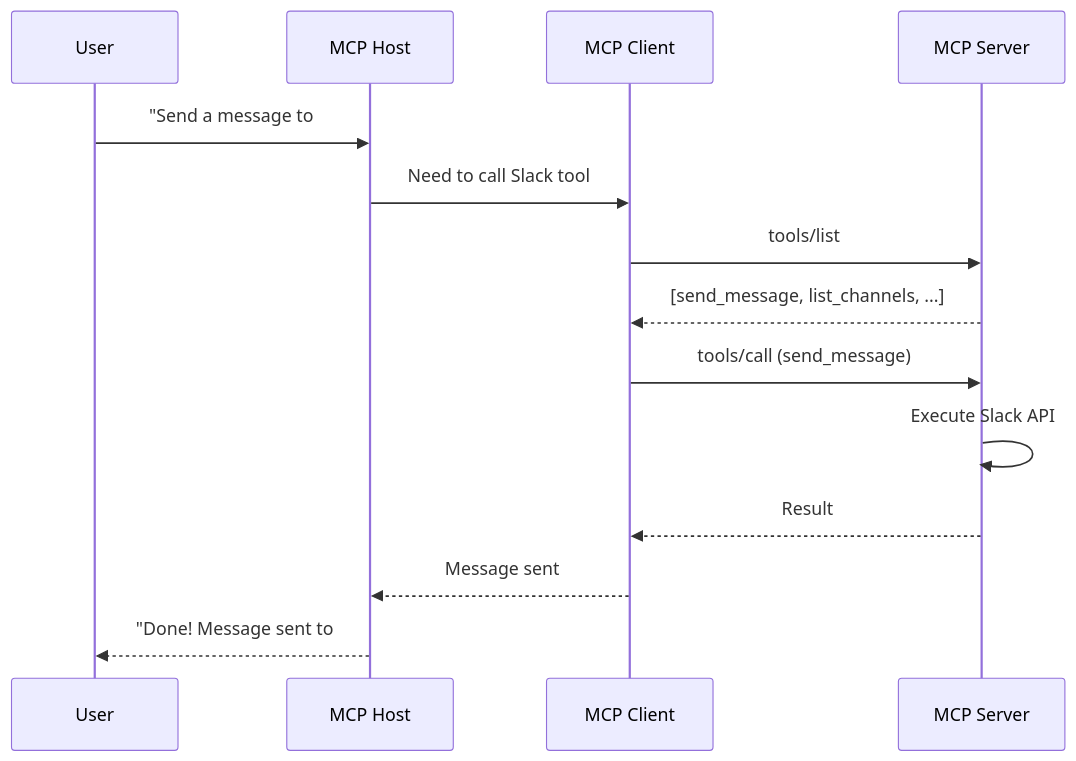
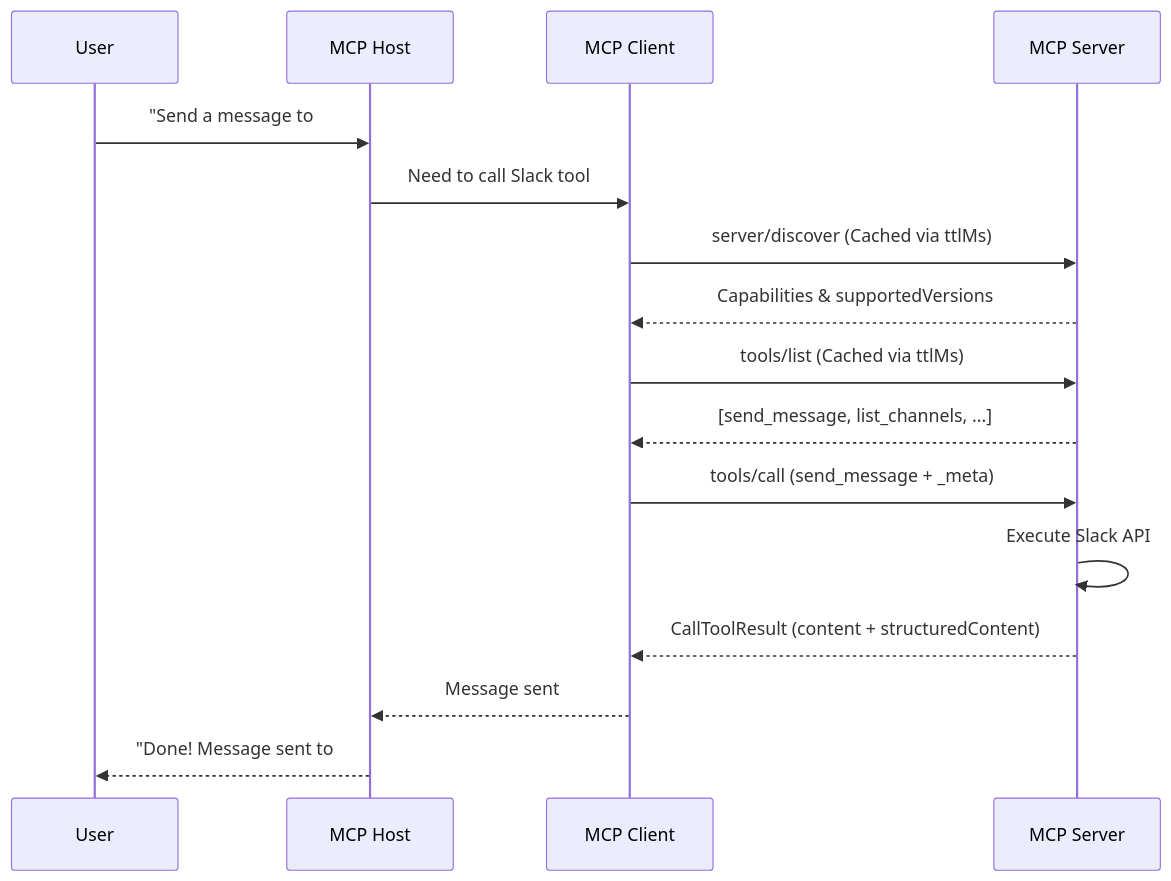
One commit to imagarg01/LearningStuff changed the seventh of 7 diagrams in docs/AI/MCP/01_architecture.md. Above: the diagram before and after it, drawn with Mermaid. The commit also changed other lines of this file and 29 other files, not shown here.

````diff
--- a/docs/AI/MCP/01_architecture.md
+++ b/docs/AI/MCP/01_architecture.md
@@ -207,20 +338,23 @@
 ```mermaid
 sequenceDiagram
     participant User
     participant Host as MCP Host
     participant Client as MCP Client
     participant Server as MCP Server
     
     User->>Host: "Send a message to #general"
     Host->>Client: Need to call Slack tool
     
-    Client->>Server: tools/list
+    Client->>Server: server/discover (Cached via ttlMs)
+    Server-->>Client: Capabilities & supportedVersions
+    
+    Client->>Server: tools/list (Cached via ttlMs)
     Server-->>Client: [send_message, list_channels, ...]
     
-    Client->>Server: tools/call (send_message)
+    Client->>Server: tools/call (send_message + _meta)
     Server->>Server: Execute Slack API
-    Server-->>Client: Result
+    Server-->>Client: CallToolResult (content + structuredContent)
     
     Client-->>Host: Message sent
     Host-->>User: "Done! Message sent to #general"
 ```
````
